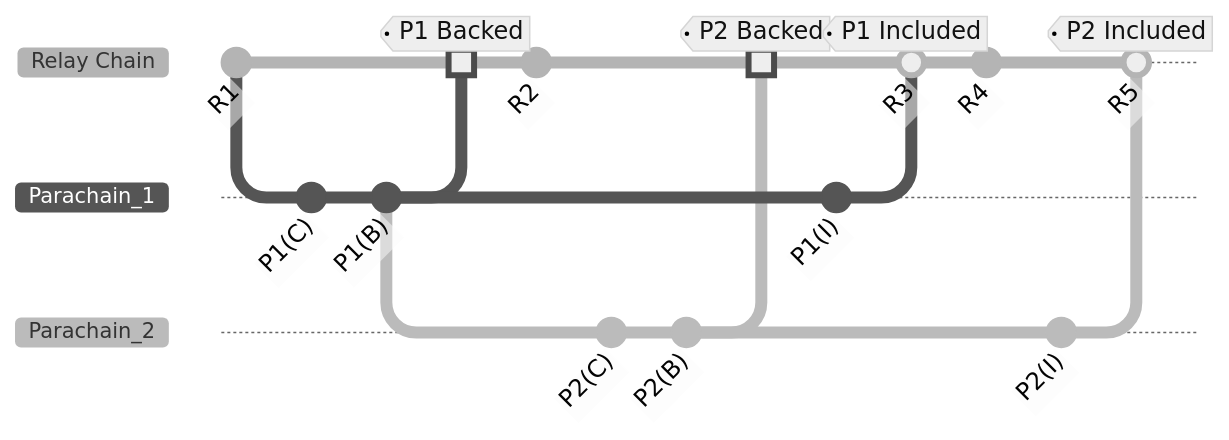
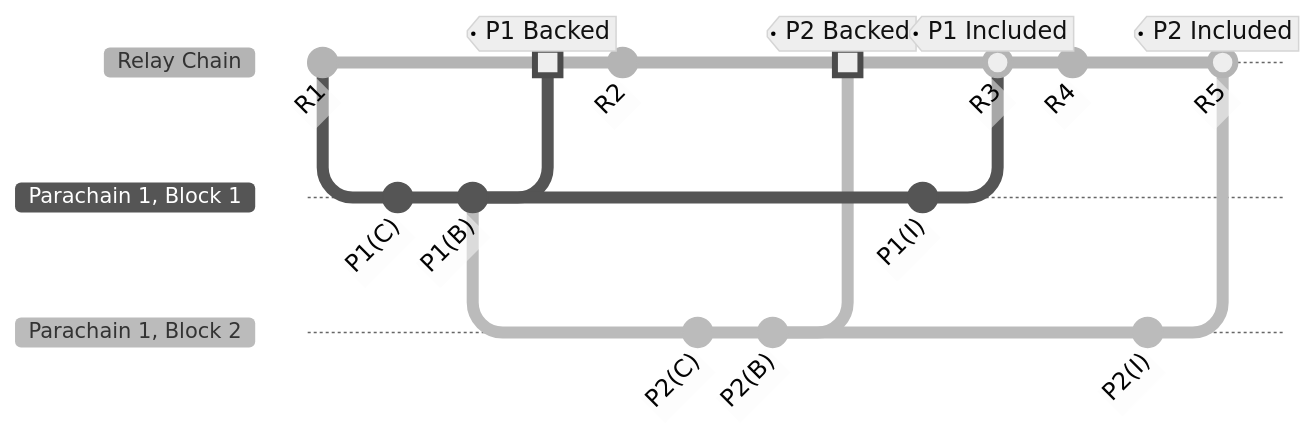
One commit to w3f/polkadot-wiki changed the second of 2 diagrams in docs/learn/learn-async-backing.md. Above: the diagram before and after it, drawn with Mermaid. The commit also changed other lines of this file, not shown here.

Commit message:
fix diagram + clarify

````diff
--- a/docs/learn/learn-async-backing.md
+++ b/docs/learn/learn-async-backing.md
@@ -87,26 +82,26 @@
 ```mermaid
 %%{init: { 'logLevel': 'debug', 'theme': 'neutral', 'themeVariables': { 'fontSize': '14px', 'commitLabelFontSize': '16px', 'tagLabelFontSize': '16px' }, 'gitGraph': {'showBranches': true, 'showCommitLabel':true,'mainBranchName': 'Relay Chain'}} }%%
 gitGraph
 commit id:"R1"
-branch Parachain_1 order: 2
+branch "Parachain 1, Block 1" order: 2
 commit id:"P1(C)"
 commit id:"P1(B)"
-branch Parachain_2 order: 3
+branch "Parachain 1, Block 2" order: 3
 checkout "Relay Chain"
-merge Parachain_1 tag:"P1 Backed" type:HIGHLIGHT
+merge "Parachain 1, Block 1" tag:"P1 Backed" type:HIGHLIGHT
 commit id:"R2"
-checkout Parachain_2
+checkout "Parachain 1, Block 2"
 commit id:"P2(C)"
 commit id:"P2(B)"
 checkout "Relay Chain"
-merge Parachain_2 tag:"P2 Backed" type:HIGHLIGHT
-checkout Parachain_1
+merge "Parachain 1, Block 2" tag:"P2 Backed" type:HIGHLIGHT
+checkout "Parachain 1, Block 1"
 commit id:"P1(I)"
 checkout "Relay Chain"
-merge Parachain_1 tag:"P1 Included" id:"R3"
+merge "Parachain 1, Block 1" tag:"P1 Included" id:"R3"
 commit id:"R4"
-checkout Parachain_2
+checkout "Parachain 1, Block 2"
 commit id:"P2(I)"
 checkout "Relay Chain"
-merge Parachain_2 tag:"P2 Included" id:"R5"
+merge "Parachain 1, Block 2" tag:"P2 Included" id:"R5"
 ```
````
